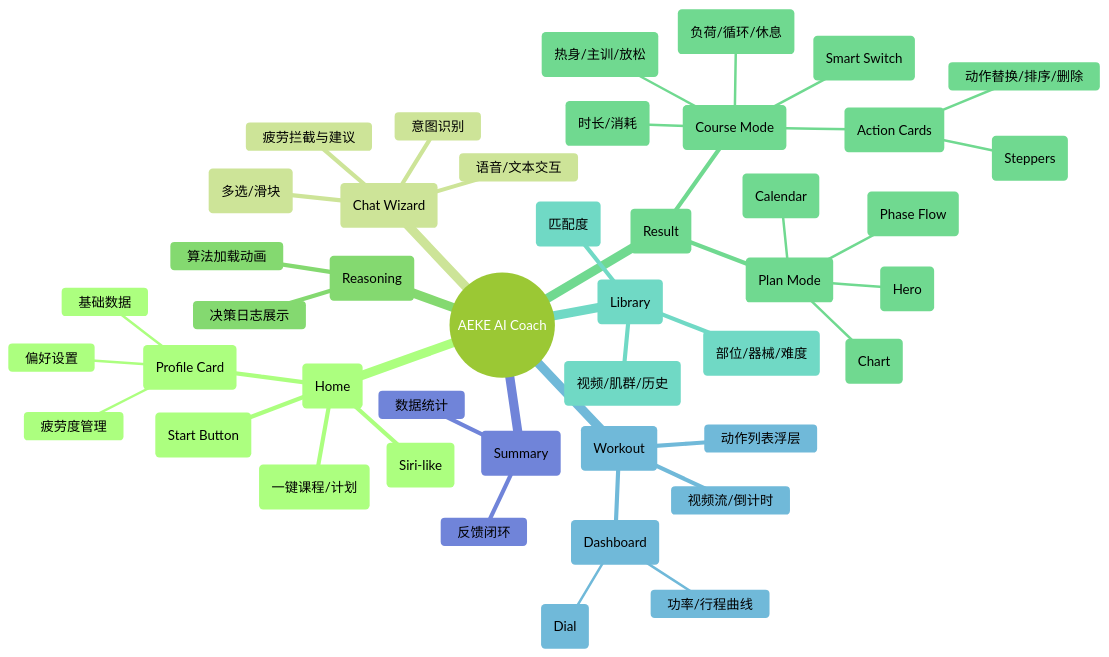
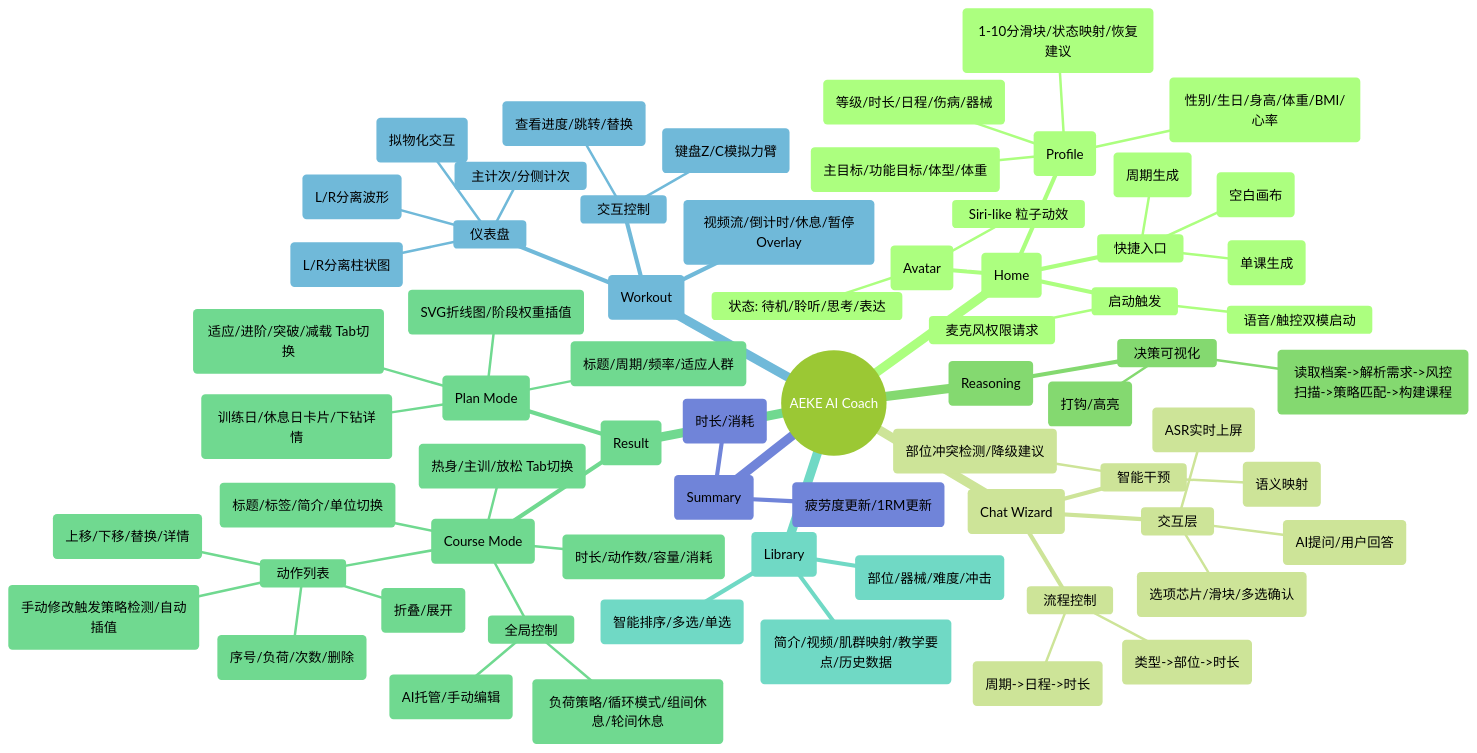
One commit to dapitou/AI-Coach changed the first of 3 diagrams in AI推荐/PRD/AI推荐_智能版_功能交互 [PRD].md. Above: the diagram before and after it, drawn with Mermaid (forest theme). The commit also changed other lines of this file and 12 other files, not shown here.

````diff
--- a/AI推荐/PRD/AI推荐_智能版_功能交互 [PRD].md
+++ b/AI推荐/PRD/AI推荐_智能版_功能交互 [PRD].md
@@ -30,47 +31,70 @@
 ```mermaid
 mindmap
   root((AEKE AI Coach))
-    首页 (Home)
-      虚拟形象 (Siri-like)
-      启动触发 (Start Button)
-      快捷入口 (一键课程/计划)
-      运动档案 (Profile Card)
-        基础数据
-        偏好设置
-        疲劳度管理
-    对话向导 (Chat Wizard)
-      语音/文本交互
-      意图识别
-      参数确认 (多选/滑块)
-      疲劳拦截与建议
-    推理引擎 (Reasoning)
-      决策日志展示
-      算法加载动画
+    4.1 首页 (Home)
+      虚拟形象 (Avatar)
+        状态: 待机/聆听/思考/表达
+        Siri-like 粒子动效
+      启动触发
+        麦克风权限请求
+        语音/触控双模启动
+      快捷入口
+        给我一节课 (单课生成)
+        给我一份计划 (周期生成)
+        自定义模板 (空白画布)
+      运动档案 (Profile)
+        基础数据 (性别/生日/身高/体重/BMI/心率)
+        偏好设置 (等级/时长/日程/伤病/器械)
+        目标设定 (主目标/功能目标/体型/体重)
+        疲劳管理 (1-10分滑块/状态映射/恢复建议)
+    4.2 对话向导 (Chat Wizard)
+      交互层
+        语音输入 (ASR实时上屏)
+        文本气泡 (AI提问/用户回答)
+        多模态输入 (选项芯片/滑块/多选确认)
+      流程控制
+        课程生成流 (类型->部位->时长)
+        计划生成流 (周期->日程->时长)
+      智能干预
+        疲劳拦截 (部位冲突检测/降级建议)
+        模糊意图识别 (语义映射)
+    4.3 推理引擎 (Reasoning)
+      决策可视化
+        步骤展示 (读取档案->解析需求->风控扫描->策略匹配->构建课程)
+        加载动效 (打钩/高亮)
     结果页 (Result)
-      课程模式 (Course Mode)
-        头部统计 (时长/消耗)
-        环节导航 (热身/主训/放松)
-        智能推荐开关 (Smart Switch)
-        策略控制 (负荷/循环/休息)
-        动作列表 (Action Cards)
-          组详情编辑 (Steppers)
-          动作替换/排序/删除
-      计划模式 (Plan Mode)
-        计划概览 (Hero)
-        体重预测图表 (Chart)
-        阶段流程 (Phase Flow)
-        周历视图 (Calendar)
-    动作库 (Library)
-      多维筛选 (部位/器械/难度)
-      智能排序 (匹配度)
-      动作详情 (视频/肌群/历史)
-    训练执行 (Workout)
-      视频流/倒计时
-      仪表盘 (Dashboard)
-        功率/行程曲线
-        重量旋钮 (Dial)
-      动作列表浮层
-    结算 (Summary)
-      数据统计
-      反馈闭环
+      4.4 课程模式 (Course Mode)
+        概览 (标题/标签/简介/单位切换)
+        统计栏 (时长/动作数/容量/消耗)
+        环节导航 (热身/主训/放松 Tab切换)
+        全局控制
+          智能推荐开关 (AI托管/手动编辑)
+          策略参数 (负荷策略/循环模式/组间休息/轮间休息)
+        动作列表
+          动作卡片 (折叠/展开)
+          组详情 (序号/负荷/次数/删除)
+          工具栏 (上移/下移/替换/详情)
+          智能联动 (手动修改触发策略检测/自动插值)
+      4.5 计划模式 (Plan Mode)
+        计划概览 (标题/周期/频率/适应人群)
+        体重预测 (SVG折线图/阶段权重插值)
+        阶段流程 (适应/进阶/突破/减载 Tab切换)
+        周历视图 (训练日/休息日卡片/下钻详情)
+    4.6 动作库 (Library)
+      筛选器 (部位/器械/难度/冲击)
+      列表展示 (智能排序/多选/单选)
+      动作详情 (简介/视频/肌群映射/教学要点/历史数据)
+    4.7 训练执行 (Workout)
+      主视觉 (视频流/倒计时/休息/暂停Overlay)
+      仪表盘
+        实时功率 (L/R分离柱状图)
+        行程曲线 (L/R分离波形)
+        重量旋钮 (拟物化交互)
+        主计次/分侧计次
+      交互控制
+        动作列表浮层 (查看进度/跳转/替换)
+        模拟控制 (键盘Z/C模拟力臂)
+    4.8 结算 (Summary)
+      核心数据 (时长/消耗)
+      完赛反馈 (疲劳度更新/1RM更新)
 ```
````
